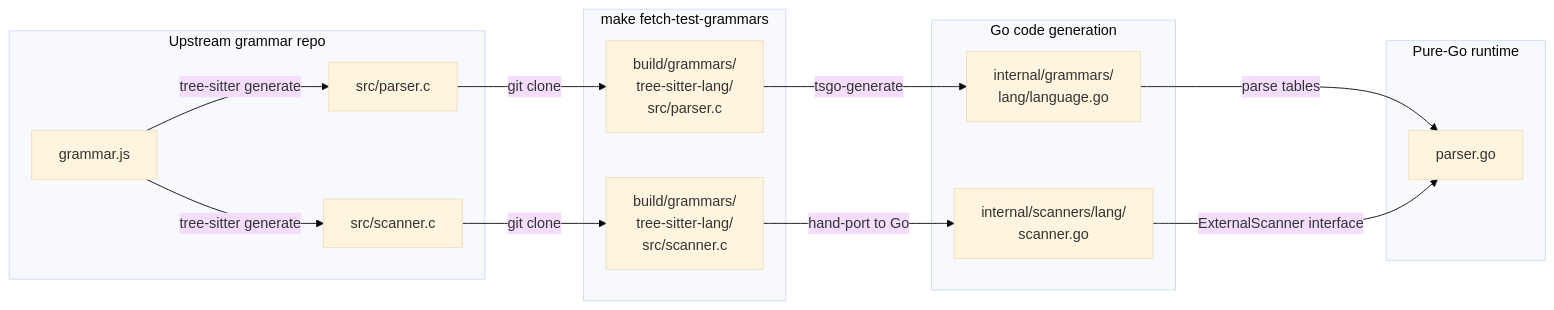
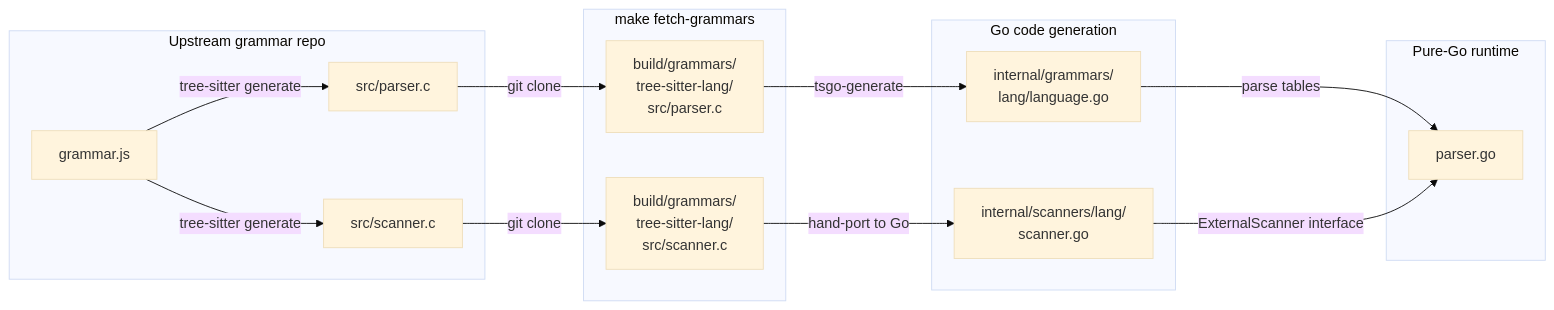
Before and after one commit to dcosson/treesitter-go: the diagram in README.md, drawn with Mermaid (base theme). The commit also changed other lines of this file and 13 other files, not shown here.

First line of the commit message:
chore: rename fetch-test-grammars → fetch-grammars

````diff
--- a/README.md
+++ b/README.md
@@ -100,22 +100,22 @@
 ```mermaid
 flowchart LR
     subgraph Upstream ["Upstream grammar repo"]
         GJS[grammar.js] -->|tree-sitter generate| PC[src/parser.c]
         GJS -->|tree-sitter generate| SC[src/scanner.c]
     end
 
-    subgraph Fetch ["make fetch-test-grammars"]
+    subgraph Fetch ["make fetch-grammars"]
         PC -->|git clone| LOCAL_PC[build/grammars/\ntree-sitter-lang/\nsrc/parser.c]
         SC -->|git clone| LOCAL_SC[build/grammars/\ntree-sitter-lang/\nsrc/scanner.c]
     end
 
     subgraph Generate ["Go code generation"]
         LOCAL_PC -->|tsgo-generate| LGO[internal/grammars/\nlang/language.go]
         LOCAL_SC -->|hand-port to Go| SGO[internal/scanners/lang/\nscanner.go]
     end
 
     subgraph Runtime ["Pure-Go runtime"]
         LGO -->|parse tables| PARSER[parser.go]
         SGO -->|ExternalScanner interface| PARSER
     end
 ```
````
